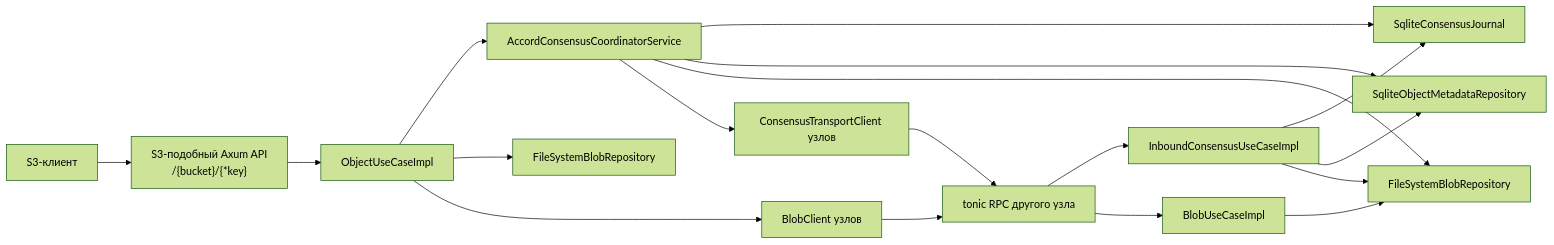
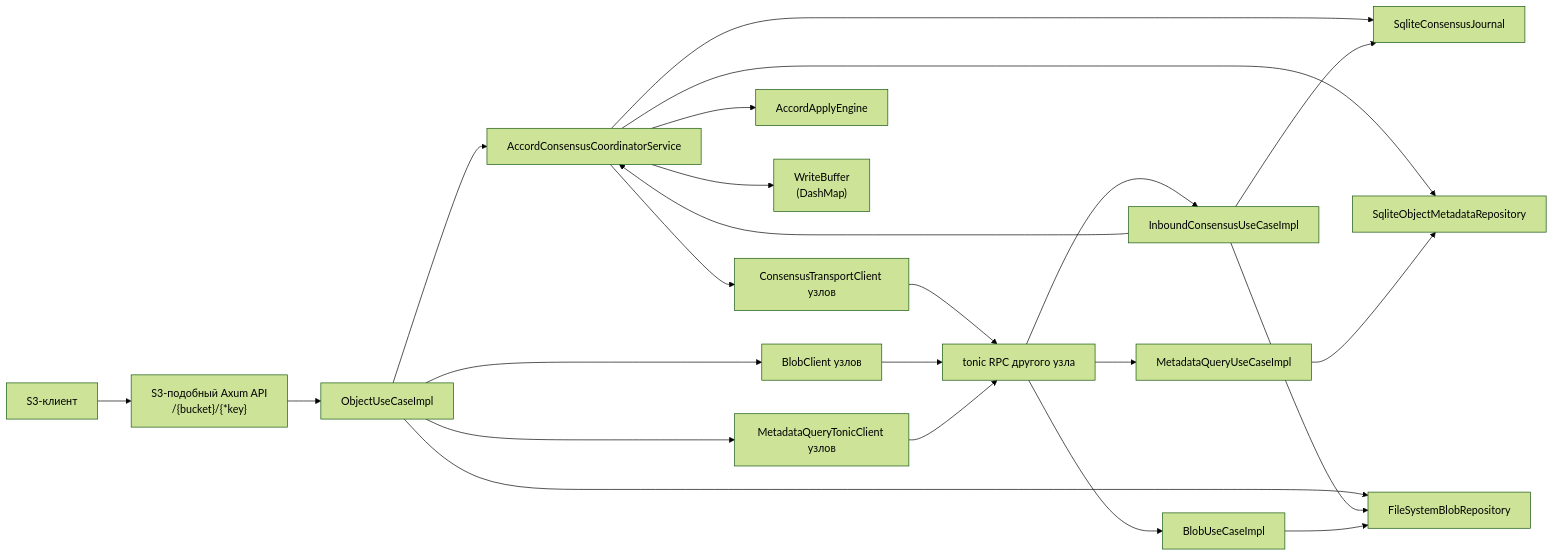
One commit to Bromles/so3 changed the second of 6 diagrams in docs/architecture.md. Above: the diagram before and after it, drawn with Mermaid (forest theme). The commit also changed other lines of this file and 12 other files, not shown here.

````diff
--- a/docs/architecture.md
+++ b/docs/architecture.md
@@ -31,20 +24,25 @@
 ```mermaid
 flowchart LR
     client["S3-клиент"] --> http["S3-подобный Axum API\n/{bucket}/{*key}"]
     http --> object_uc["ObjectUseCaseImpl"]
     object_uc --> coordinator["AccordConsensusCoordinatorService"]
     object_uc --> local_blob["FileSystemBlobRepository"]
     object_uc --> blob_peers["BlobClient узлов"]
+    object_uc --> meta_peers["MetadataQueryTonicClient узлов"]
     coordinator --> journal["SqliteConsensusJournal"]
     coordinator --> metadata["SqliteObjectMetadataRepository"]
-    coordinator --> blob_repo["FileSystemBlobRepository"]
+    coordinator --> apply_engine["AccordApplyEngine"]
+    coordinator --> write_buffer["WriteBuffer\n(DashMap)"]
     coordinator --> consensus_peers["ConsensusTransportClient узлов"]
     consensus_peers --> rpc["tonic RPC другого узла"]
     blob_peers --> rpc
+    meta_peers --> rpc
     rpc --> inbound["InboundConsensusUseCaseImpl"]
     rpc --> blob_uc["BlobUseCaseImpl"]
+    rpc --> meta_uc["MetadataQueryUseCaseImpl"]
     inbound --> journal
-    inbound --> metadata
-    inbound --> blob_repo
-    blob_uc --> blob_repo
+    inbound --> coordinator
+    inbound --> local_blob
+    blob_uc --> local_blob
+    meta_uc --> metadata
 ```
````
